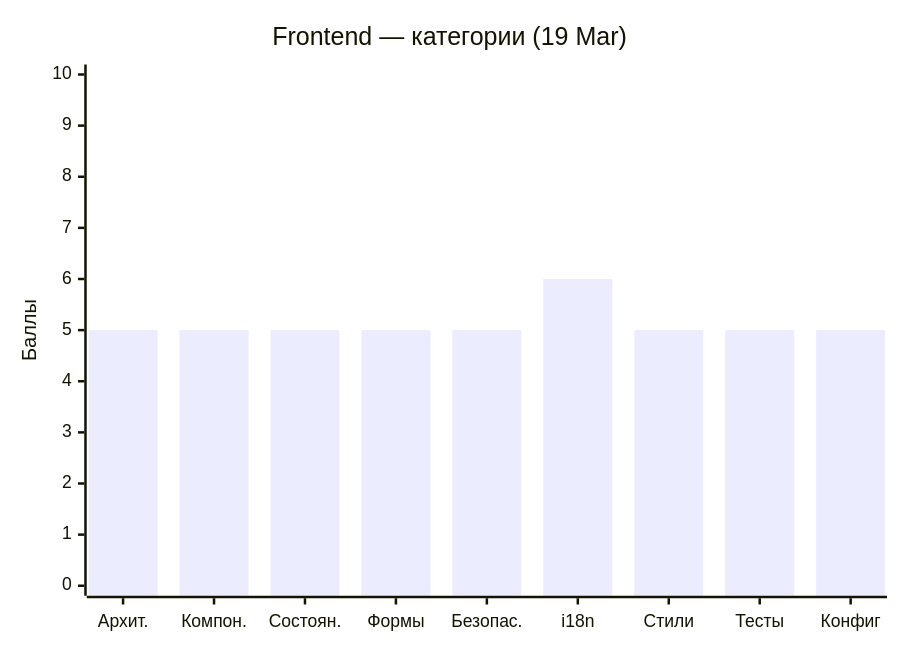
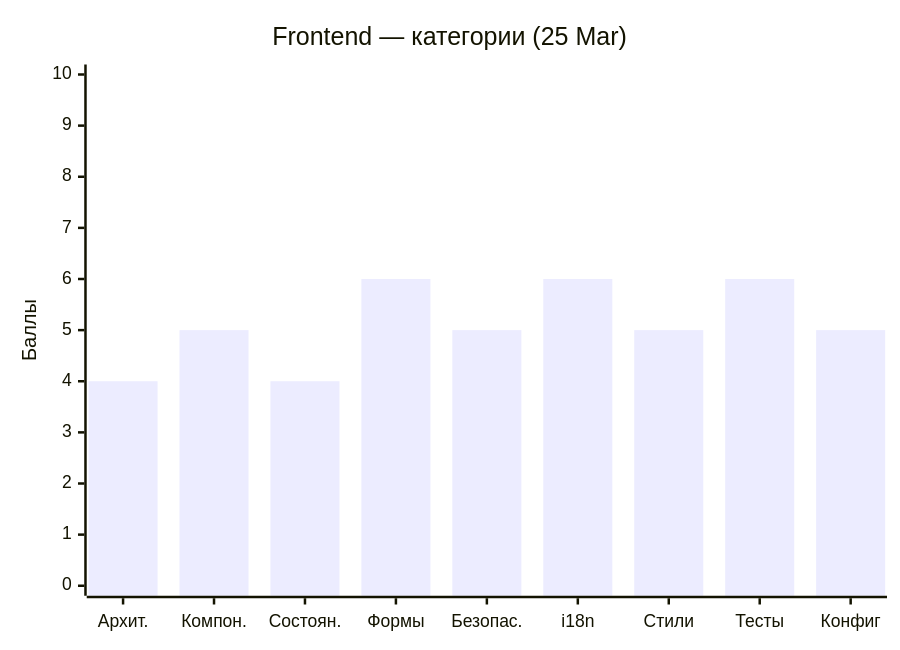
Before and after one commit to ngKittyDebug/RS-Tandem-ngKittyDebug: the second of 4 diagrams in CodeQualityStatus/status.md, drawn with Mermaid. The commit also changed other lines of this file and 2 other files, not shown here.

Commit message:
docs: code review 2026-03-25 (5.0/10 backend, 5.0/10 frontend)

````diff
--- a/CodeQualityStatus/status.md
+++ b/CodeQualityStatus/status.md
@@ -112,7 +114,7 @@
 ```mermaid
 xychart-beta
-    title "Frontend — категории (19 Mar)"
+    title "Frontend — категории (25 Mar)"
     x-axis ["Архит.", "Компон.", "Состоян.", "Формы", "Безопас.", "i18n", "Стили", "Тесты", "Конфиг"]
     y-axis "Баллы" 0 --> 10
-    bar [5, 5, 5, 5, 5, 6, 5, 5, 5]
+    bar [4, 5, 4, 6, 5, 6, 5, 6, 5]
 ```
````
